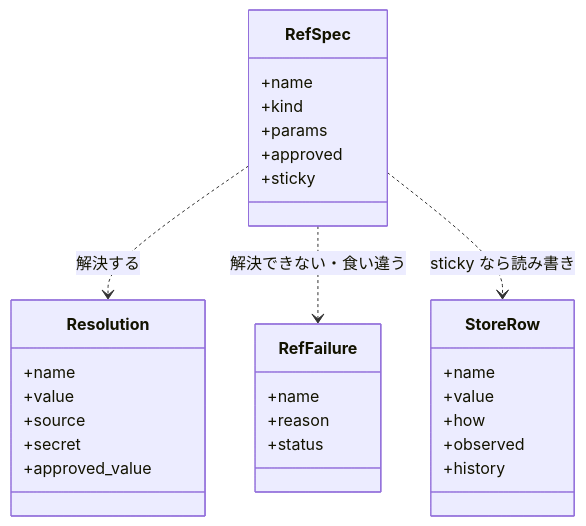
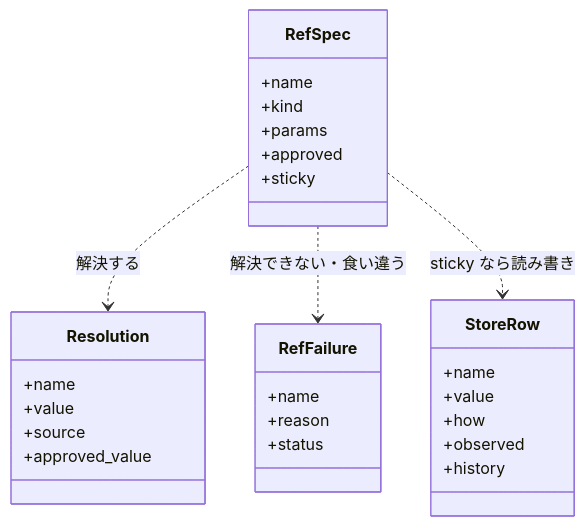
Before and after one commit to devbasex/ai-plugins: the second of 5 diagrams in issues/issue-2344-design.md, drawn with Mermaid. The commit also changed other lines of this file and 4 other files, not shown here.

````diff
--- a/issues/issue-2344-design.md
+++ b/issues/issue-2344-design.md
@@ -181,32 +177,31 @@
 ```mermaid
 classDiagram
     class RefSpec {
         +name
         +kind
         +params
         +approved
         +sticky
     }
     class Resolution {
         +name
         +value
         +source
-        +secret
         +approved_value
     }
     class RefFailure {
         +name
         +reason
         +status
     }
     class StoreRow {
         +name
         +value
         +how
         +observed
         +history
     }
     RefSpec ..> Resolution : 解決する
     RefSpec ..> RefFailure : 解決できない・食い違う
     RefSpec ..> StoreRow : sticky なら読み書き
 ```
````
